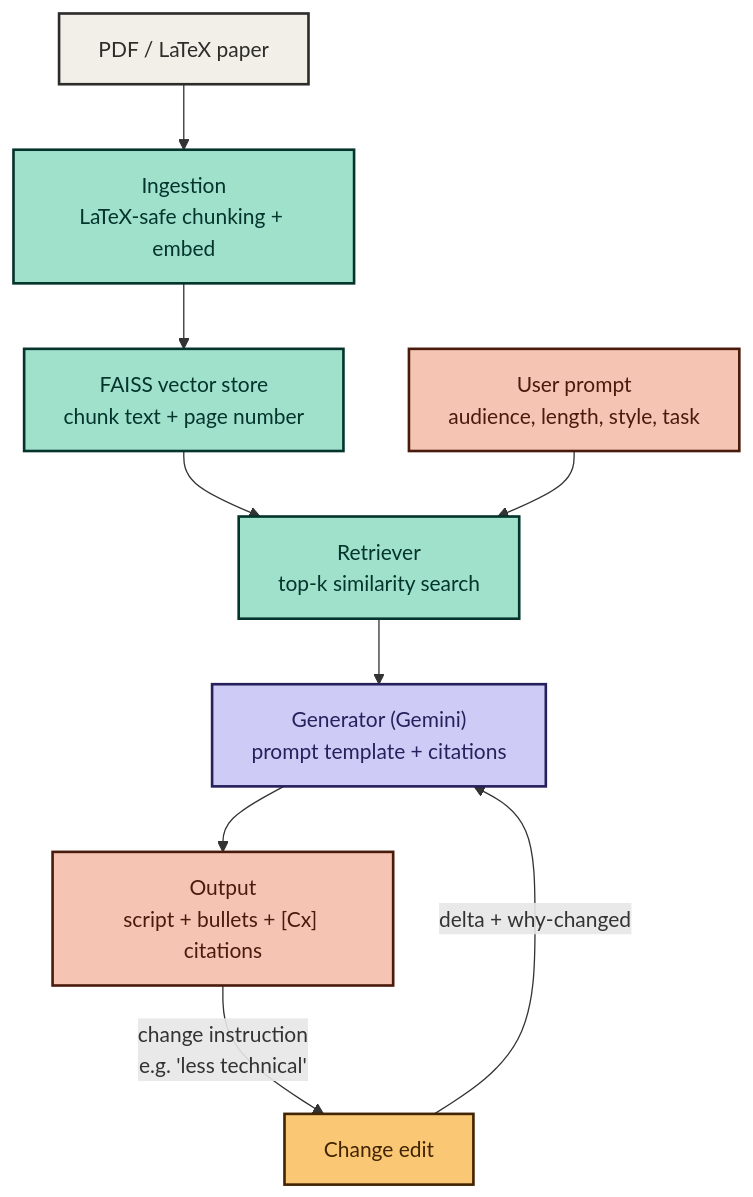
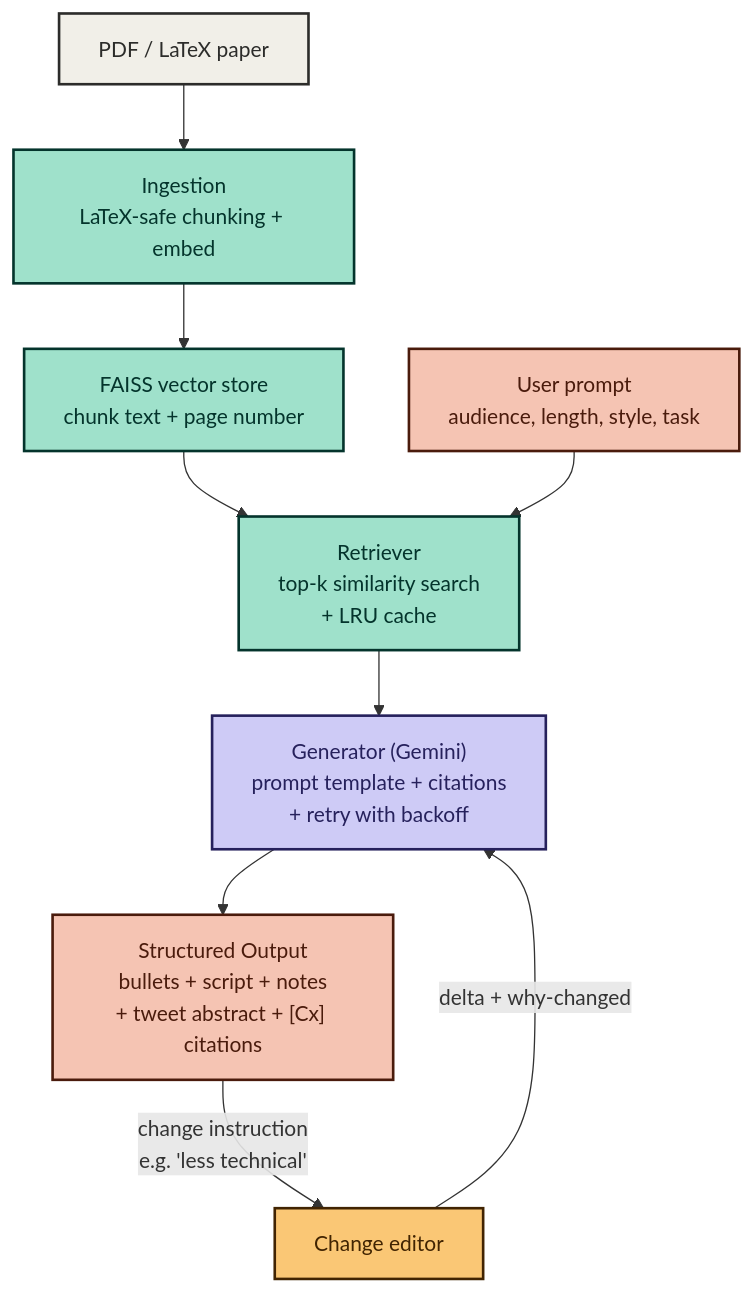
Before and after one commit to deveducode/saral-chatbot: the diagram in README.md, drawn with Mermaid. The commit also changed other lines of this file and 11 other files, not shown here.

````diff
--- a/README.md
+++ b/README.md
@@ -26,20 +31,20 @@
 ```mermaid
 flowchart TD
     A[PDF / LaTeX paper] --> B["Ingestion<br/>LaTeX-safe chunking + embed"]
     B --> C["FAISS vector store<br/>chunk text + page number"]
-    C --> D["Retriever<br/>top-k similarity search"]
+    C --> D["Retriever<br/>top-k similarity search<br/>+ LRU cache"]
     E["User prompt<br/>audience, length, style, task"] --> D
-    D --> F["Generator (Gemini)<br/>prompt template + citations"]
-    F --> G["Output<br/>script + bullets + [Cx] citations"]
-    G -->|"change instruction<br/>e.g. 'less technical'"| H["Change edit"]
+    D --> F["Generator (Gemini)<br/>prompt template + citations<br/>+ retry with backoff"]
+    F --> G["Structured Output<br/>bullets + script + notes<br/>+ tweet abstract + [Cx] citations"]
+    G -->|"change instruction<br/>e.g. 'less technical'"| H["Change editor"]
     H -->|"delta + why-changed"| F
 
     style A fill:#f1efe8,stroke:#2c2c2a,stroke-width:2px,color:#2c2c2a
     style B fill:#9fe1cb,stroke:#04342c,stroke-width:2px,color:#04342c
     style C fill:#9fe1cb,stroke:#04342c,stroke-width:2px,color:#04342c
     style D fill:#9fe1cb,stroke:#04342c,stroke-width:2px,color:#04342c
     style E fill:#f5c4b3,stroke:#4a1b0c,stroke-width:2px,color:#4a1b0c
     style F fill:#cecbf6,stroke:#26215c,stroke-width:2px,color:#26215c
     style G fill:#f5c4b3,stroke:#4a1b0c,stroke-width:2px,color:#4a1b0c
     style H fill:#fac775,stroke:#412402,stroke-width:2px,color:#412402
 ```
````
